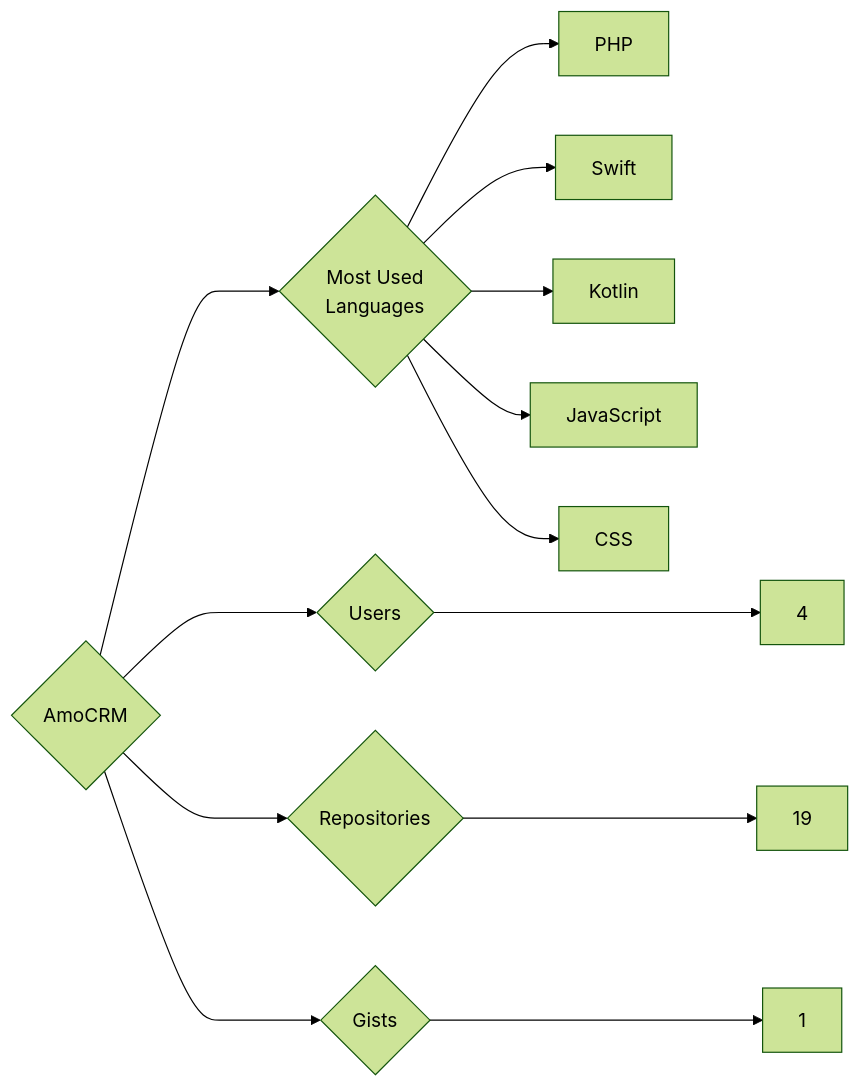
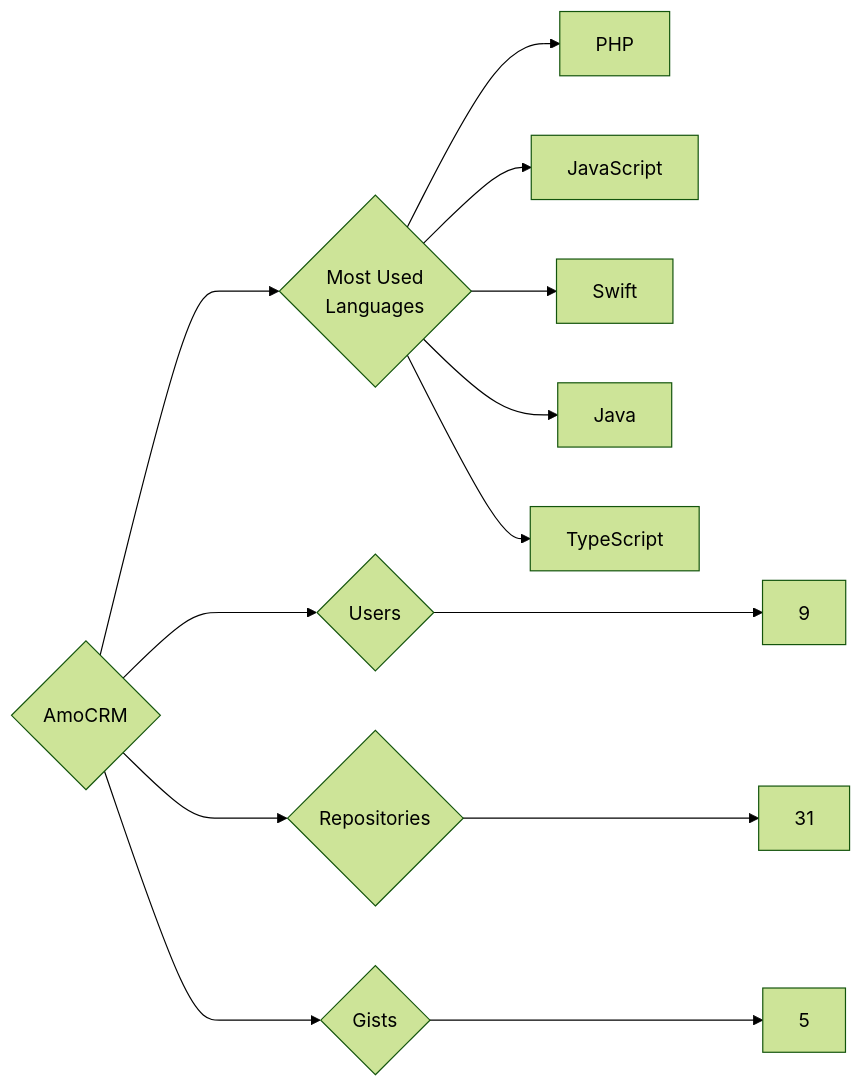
One commit to trickest/insiders changed the diagram in targets/AmoCRM/README.md. Above: the diagram before and after it, drawn with Mermaid (forest theme). The commit also changed 1078 other files, not shown here.

````diff
--- a/targets/AmoCRM/README.md
+++ b/targets/AmoCRM/README.md
@@ -3,13 +3,13 @@
 ```mermaid
 graph LR
 COMPANY_NAME{AmoCRM}
-COMPANY_NAME ---> U{Users} ---> UN[4]
-COMPANY_NAME ---> R{Repositories} ---> RN[19]
-COMPANY_NAME ---> G{Gists} ---> GN[1]
+COMPANY_NAME ---> U{Users} ---> UN[9]
+COMPANY_NAME ---> R{Repositories} ---> RN[31]
+COMPANY_NAME ---> G{Gists} ---> GN[5]
 COMPANY_NAME ---> ML{Most Used<br>Languages}
 ML --> PHP[PHP]
+ML --> JavaScript[JavaScript]
 ML --> Swift[Swift]
-ML --> Kotlin[Kotlin]
-ML --> JavaScript[JavaScript]
-ML --> CSS[CSS]
+ML --> Java[Java]
+ML --> TypeScript[TypeScript]
 ```
````
